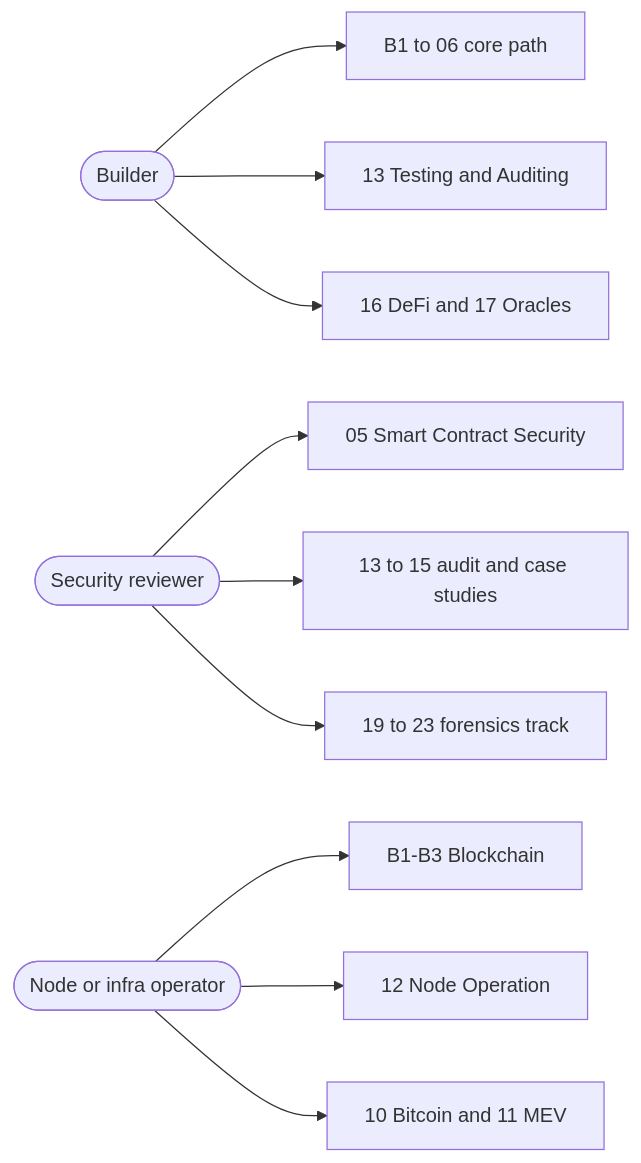
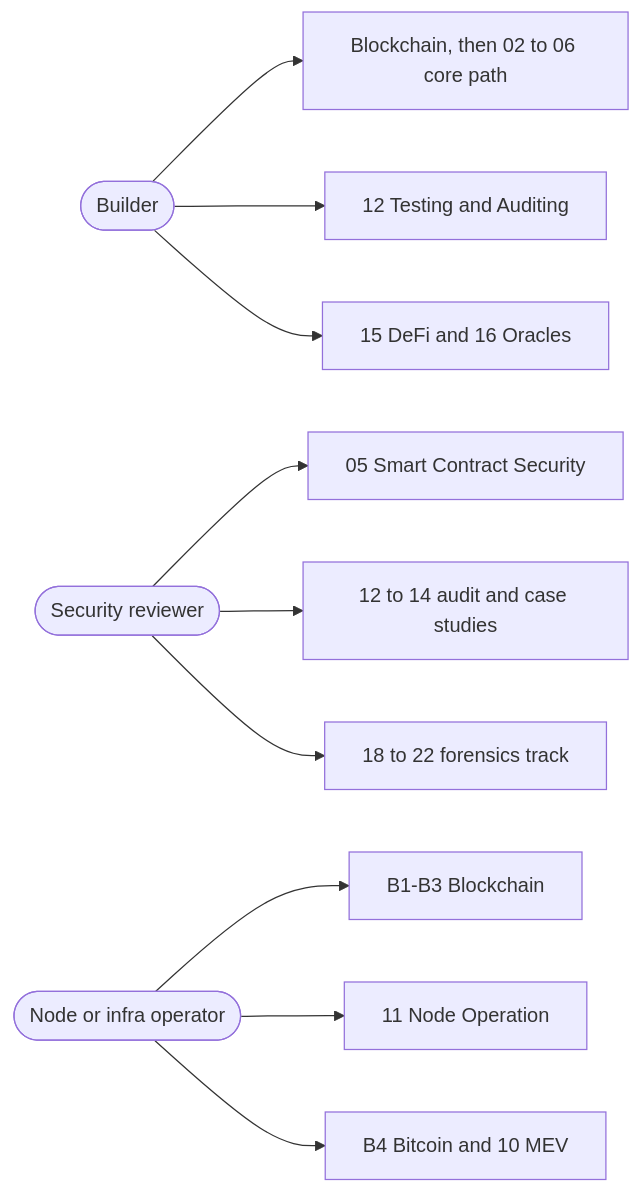
Before and after one commit to sharifndlovu123/knowledge_base_map: the third of 3 diagrams in Collection/13. Web3/1. Web3 Start Here.md, drawn with Mermaid. The commit also changed other lines of this file and 19 other files, not shown here.

Commit message:
Move Bitcoin Internals into the Web3 Blockchain sub-section and renumber

````diff
--- a/Collection/13. Web3/1. Web3 Start Here.md
+++ b/Collection/13. Web3/1. Web3 Start Here.md
@@ -79,12 +79,12 @@
 ```mermaid
 flowchart LR
-    B(["Builder"]) --> B1["B1 to 06 core path"]
-    B --> B2["13 Testing and Auditing"]
-    B --> B3["16 DeFi and 17 Oracles"]
+    B(["Builder"]) --> B1["Blockchain, then 02 to 06 core path"]
+    B --> B2["12 Testing and Auditing"]
+    B --> B3["15 DeFi and 16 Oracles"]
     S(["Security reviewer"]) --> S1["05 Smart Contract Security"]
-    S --> S2["13 to 15 audit and case studies"]
-    S --> S3["19 to 23 forensics track"]
+    S --> S2["12 to 14 audit and case studies"]
+    S --> S3["18 to 22 forensics track"]
     O(["Node or infra operator"]) --> O1["B1-B3 Blockchain"]
-    O --> O2["12 Node Operation"]
-    O --> O3["10 Bitcoin and 11 MEV"]
+    O --> O2["11 Node Operation"]
+    O --> O3["B4 Bitcoin and 10 MEV"]
 ```
````
